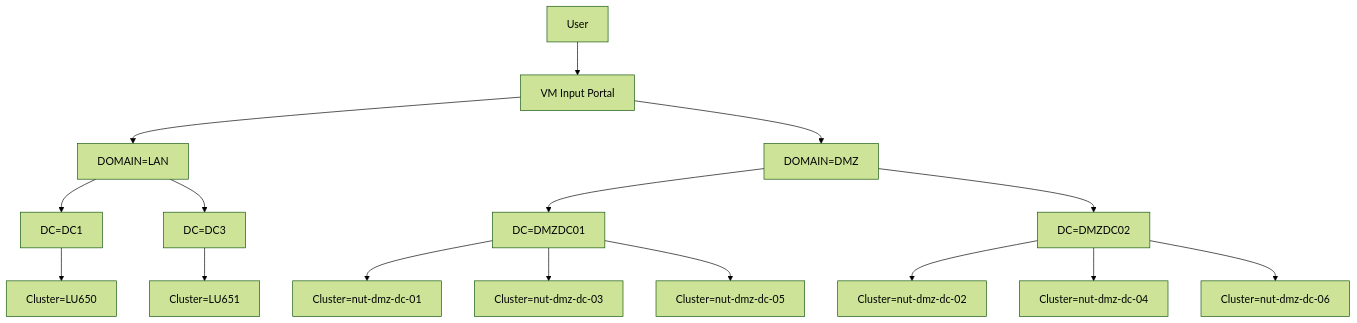
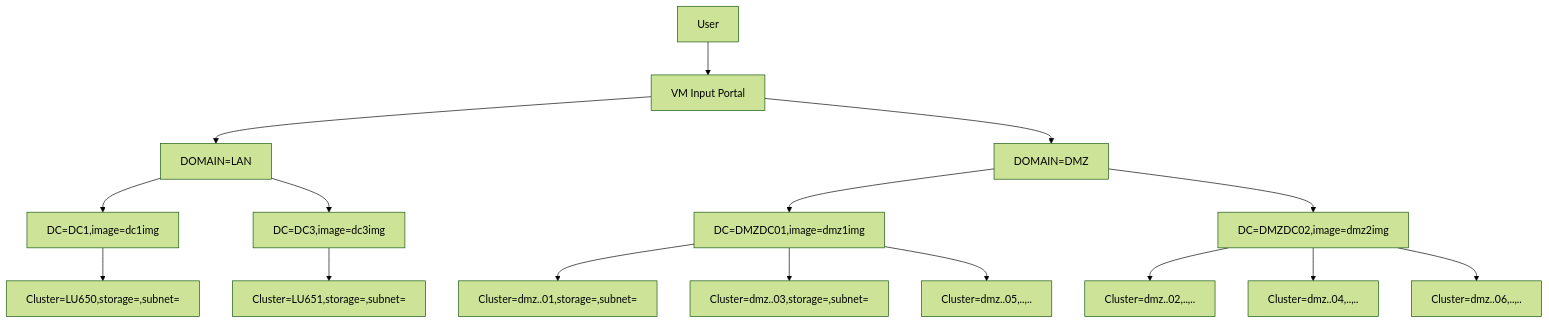
One commit to steve3535/provisioning changed the diagram in decision_tree.md. Above: the diagram before and after it, drawn with Mermaid (forest theme).

````diff
--- a/decision_tree.md
+++ b/decision_tree.md
@@ -1,18 +1,18 @@
 ```mermaid
 graph TD
    A[User] --> B[VM Input Portal]
    B --> C[DOMAIN=LAN]
    B --> D[DOMAIN=DMZ]
-   C --> E[DC=DC1]
-   C --> F[DC=DC3]
-   D --> G[DC=DMZDC01]
-   D --> H[DC=DMZDC02]
-   E --> I[Cluster=LU650]
-   F --> J[Cluster=LU651]
-   G --> K[Cluster=nut-dmz-dc-01]
-   G --> L[Cluster=nut-dmz-dc-03]
-   G --> M[Cluster=nut-dmz-dc-05]
-   H --> N[Cluster=nut-dmz-dc-02]
-   H --> O[Cluster=nut-dmz-dc-04]
-   H --> P[Cluster=nut-dmz-dc-06]
+   C --> E[DC=DC1,image=dc1img]
+   C --> F[DC=DC3,image=dc3img]
+   D --> G[DC=DMZDC01,image=dmz1img]
+   D --> H[DC=DMZDC02,image=dmz2img]
+   E --> I[Cluster=LU650,storage=,subnet=]
+   F --> J[Cluster=LU651,storage=,subnet=]
+   G --> K[Cluster=dmz..01,storage=,subnet=]
+   G --> L[Cluster=dmz..03,storage=,subnet=]
+   G --> M[Cluster=dmz..05,..,..]
+   H --> N[Cluster=dmz..02,..,..]
+   H --> O[Cluster=dmz..04,..,..]
+   H --> P[Cluster=dmz..06,..,..]
 ```
````
